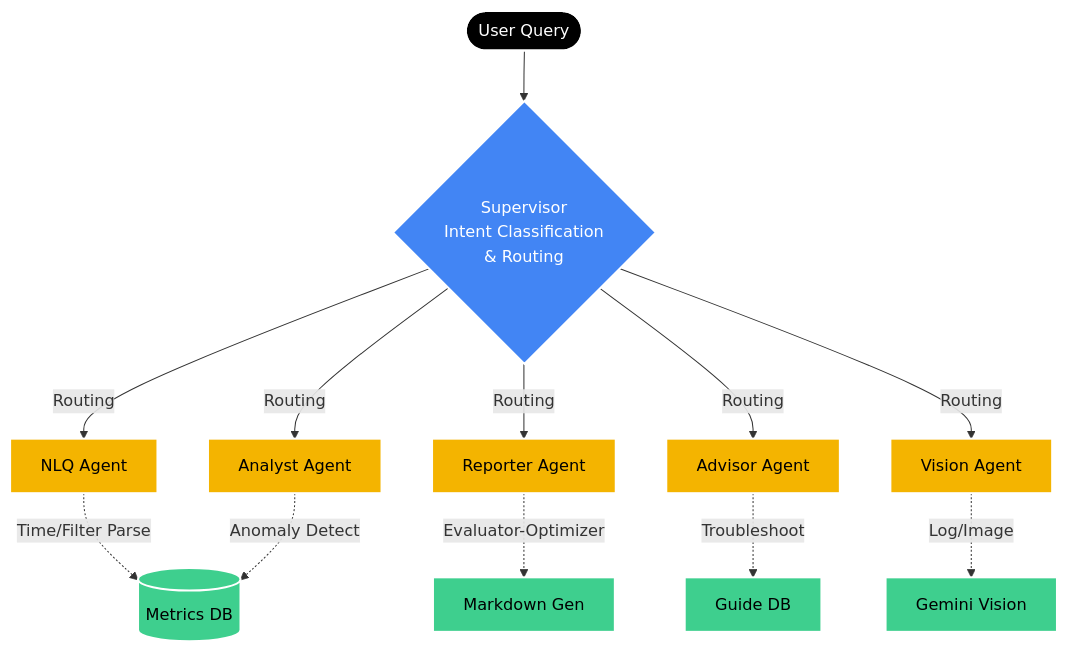
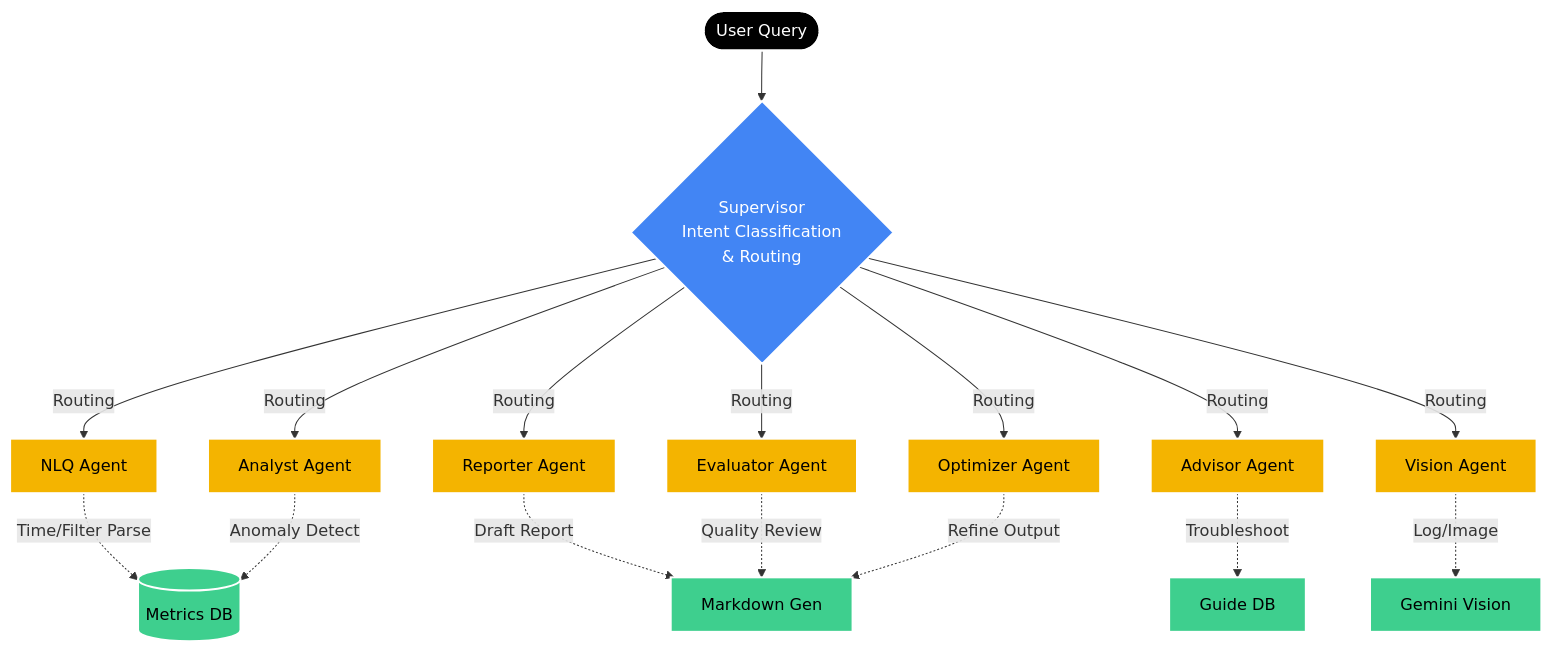
Before and after one commit to skyasu2/openmanager-ai: the first of 2 diagrams in README.md, drawn with Mermaid. The commit also changed other lines of this file and 6 other files, not shown here.

First line of the commit message:
docs: sync architecture diagrams with current codebase (7 agents, 28 routes)

````diff
--- a/README.md
+++ b/README.md
@@ -60,25 +60,29 @@
 ```mermaid
 graph TD
     %% Theme
     classDef default fill:#f9f9f9,stroke:#333,stroke-width:1px,color:#000
     classDef input fill:#000,stroke:#fff,stroke-width:2px,color:#fff
     classDef supervisor fill:#4285F4,stroke:#fff,stroke-width:2px,color:#fff
     classDef agent fill:#F4B400,stroke:#fff,stroke-width:2px,color:#000
     classDef tools fill:#3ECF8E,stroke:#fff,stroke-width:2px,color:#000
     
     Q([User Query]):::input --> S
     
     S{Supervisor<br/>Intent Classification<br/>& Routing}:::supervisor
     
     S -->|Routing| A[NLQ Agent]:::agent
     S -->|Routing| B[Analyst Agent]:::agent
     S -->|Routing| C[Reporter Agent]:::agent
     S -->|Routing| D[Advisor Agent]:::agent
     S -->|Routing| E[Vision Agent]:::agent
+    S -->|Routing| F[Evaluator Agent]:::agent
+    S -->|Routing| G[Optimizer Agent]:::agent
 
     A -.->|Time/Filter Parse| DB[(Metrics DB)]:::tools
     B -.->|Anomaly Detect| DB
-    C -.->|Evaluator-Optimizer| MD[Markdown Gen]:::tools
+    C -.->|Draft Report| MD[Markdown Gen]:::tools
     D -.->|Troubleshoot| Docs[Guide DB]:::tools
     E -.->|Log/Image| Model[Gemini Vision]:::tools
+    F -.->|Quality Review| MD
+    G -.->|Refine Output| MD
 ```
````
